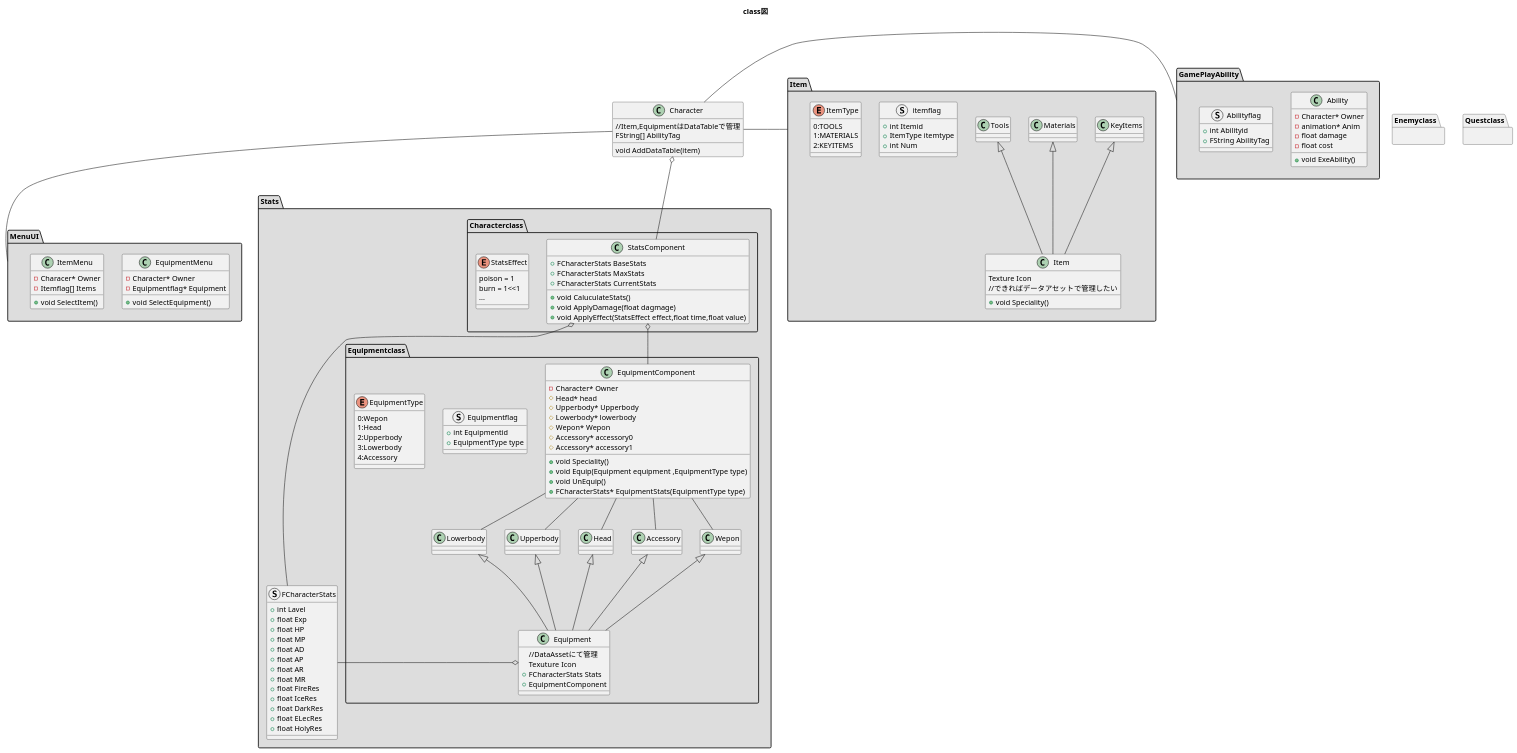
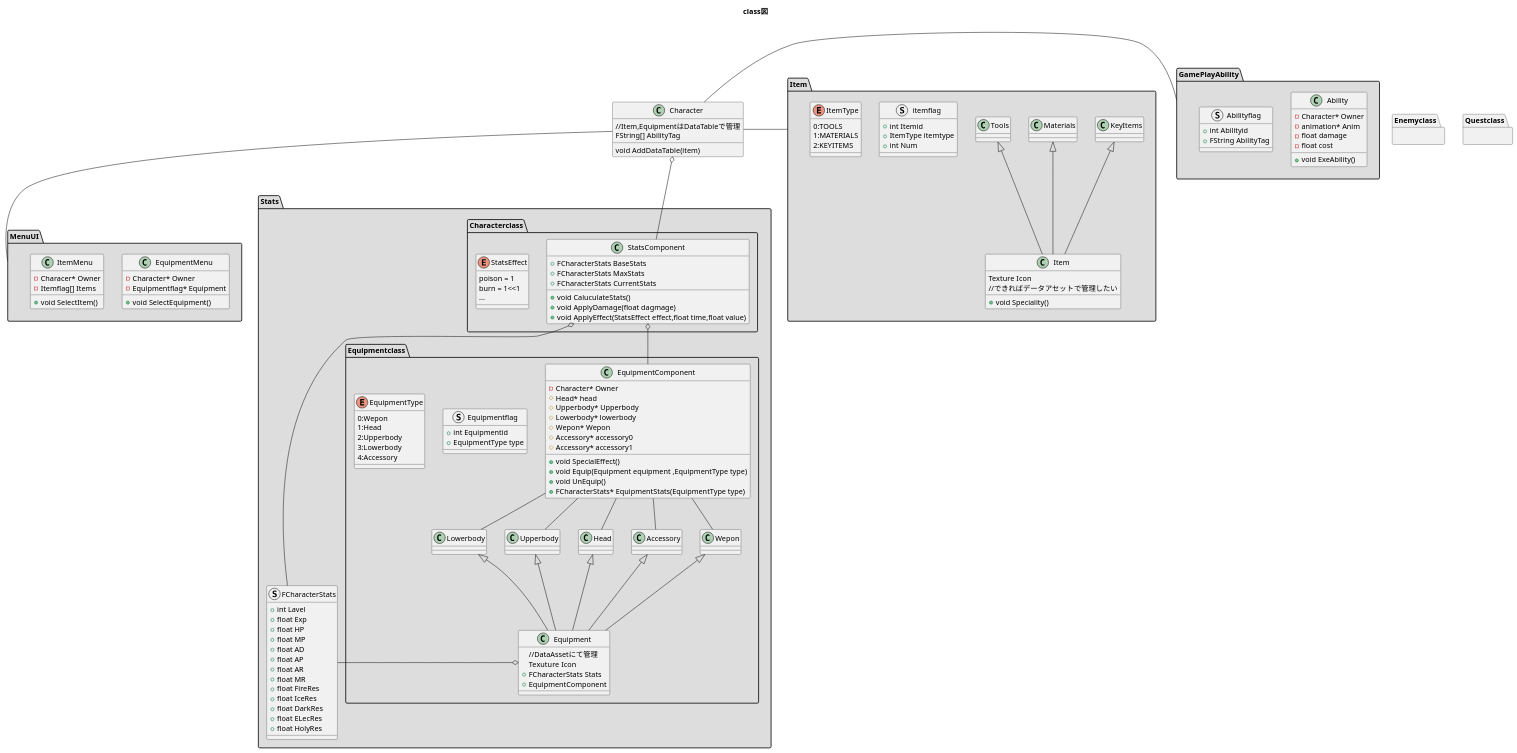
Before and after one commit to shutouyusei/UML: the diagram in MsgicLibrary/MagicLibraryClass.pu, drawn with PlantUML.

Commit message:
[fix]クラス図

```diff
--- a/MsgicLibrary/MagicLibraryClass.pu
+++ b/MsgicLibrary/MagicLibraryClass.pu
@@ -1,178 +1,178 @@
 @startuml
 title class図
 class Character
 {
     void AddDataTable(item)
     //Item,EquipmentはDataTableで管理
     FString[] AbilityTag
 }
 
 package MenuUI #DDDDDD
 {
     class EquipmentMenu
     {
         -Character* Owner
         -Equipmentflag* Equipment
         +void SelectEquipment()
     }  
     class ItemMenu
     {
         -Characer* Owner
         -Itemflag[] Items
         +void SelectItem()
     }
 }
 
 package Stats #DDDDDD
 {
     struct FCharacterStats
     {
         +int Lavel
         +float Exp
         +float HP
         +float MP
         +float AD
         +float AP
         +float AR
         +float MR
         +float FireRes
         +float IceRes
         +float DarkRes
         +float ELecRes
         +float HolyRes
     }
 
 
     package "Equipmentclass" #DDDDDD {
         class Equipment
         {
             //DataAssetにて管理
             Texuture Icon
             +FCharacterStats Stats
             +EquipmentComponent
         }
         class Wepon
         class Accessory
         class Head
         class Upperbody
         class Lowerbody
         struct Equipmentflag
         {
             +int Equipmentid
             +EquipmentType type
         }
         class EquipmentComponent
         {
-            +void Speciality()
+            +void SpecialEffect()
         }
         enum EquipmentType{
             0:Wepon
             1:Head
             2:Upperbody
             3:Lowerbody
             4:Accessory
         }
         class EquipmentComponent
         {
             -Character* Owner
             #Head* head
             #Upperbody* Upperbody
             #Lowerbody* lowerbody
             #Wepon* Wepon
             #Accessory* accessory0
             #Accessory* accessory1
             +void Equip(Equipment equipment ,EquipmentType type)
             +void UnEquip()
             +FCharacterStats* EquipmentStats(EquipmentType type)
         }
         Equipment -up-|> Wepon 
         Equipment -up-|> Accessory
         Equipment -up-|> Head
         Equipment -up-|> Upperbody
         Equipment -up-|> Lowerbody
         Wepon -up- EquipmentComponent
         Accessory -up- EquipmentComponent
         Head -up- EquipmentComponent
         Upperbody -up- EquipmentComponent
         Lowerbody -up- EquipmentComponent
         }
     package "Characterclass" #DDDDDD {
         class StatsComponent
         {
             +FCharacterStats BaseStats
             +FCharacterStats MaxStats
             +FCharacterStats CurrentStats
             +void CaluculateStats()
             +void ApplyDamage(float dagmage)
             +void ApplyEffect(StatsEffect effect,float time,float value)
         }
         enum StatsEffect
         {
             poison = 1
             burn = 1<<1
             ...
         }
         EquipmentComponent -up-o StatsComponent
         StatsComponent -up-o Character
         FCharacterStats -up-o StatsComponent
         FCharacterStats -o Equipment
     } 
 }
 package GamePlayAbility #DDDDDD
 {
     class Ability
     {
         -Character* Owner
         -animation* Anim
         -float damage
         -float cost
         +void ExeAbility()
     }
     struct Abilityflag
     {
         +int Abilityid
         +FString AbilityTag
     }
 }
 
 package Item #DDDDDD
 {
     class Item
     {
         Texture Icon
         //できればデータアセットで管理したい
         +void Speciality()
     }
     class Tools
     class Materials
     class KeyItems
 
     struct itemflag
     {
         +int Itemid
         +ItemType itemtype
         +int Num
     }
     enum ItemType{
         0:TOOLS
         1:MATERIALS
         2:KEYITEMS
     }
     Item -up-|> Tools
     Item -up-|> Materials
     Item -up-|> KeyItems
 }
 package Enemyclass
 {
 
 }
 package Questclass
 {
     
 }
 MenuUI -up- Character
 Item -right- Character
 GamePlayAbility -left- Character
 
 
 @enduml
```
